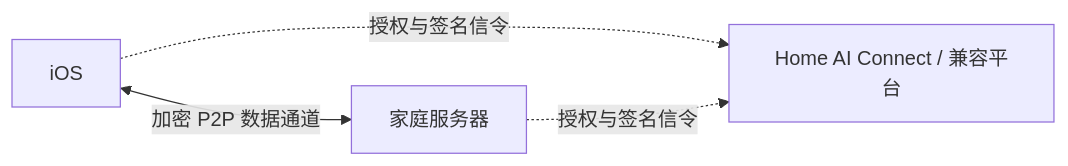
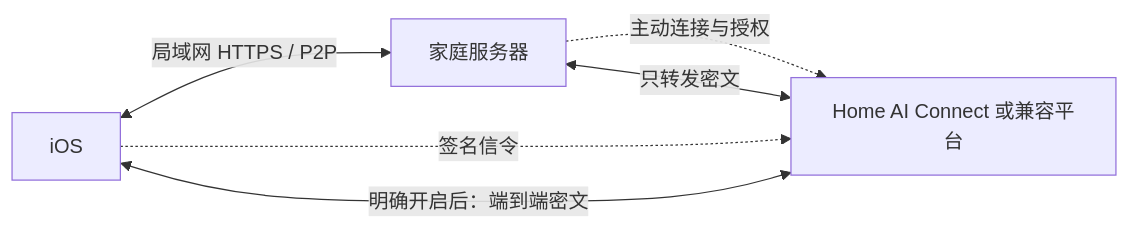
The second of 2 diagrams in README.md (MR-MaoJiu/home-ai-os), drawn with Mermaid before and after one commit. The commit also changed other lines of this file and 309 other files, not shown here.

````diff
--- a/README.md
+++ b/README.md
@@ -154,6 +117,8 @@
 ```mermaid
 flowchart LR
-    PHONE[iOS] -. 授权与签名信令 .-> CONNECT[Home AI Connect / 兼容平台]
-    HOME[家庭服务器] -. 授权与签名信令 .-> CONNECT
-    PHONE <-->|加密 P2P 数据通道| HOME
+    PHONE[iOS] <-->|局域网 HTTPS / P2P| HOME[家庭服务器]
+    PHONE -. 签名信令 .-> PLATFORM[Home AI Connect 或兼容平台]
+    HOME -. 主动连接与授权 .-> PLATFORM
+    PHONE <-->|明确开启后：端到端密文| PLATFORM
+    PLATFORM <-->|只转发密文| HOME
 ```
````
